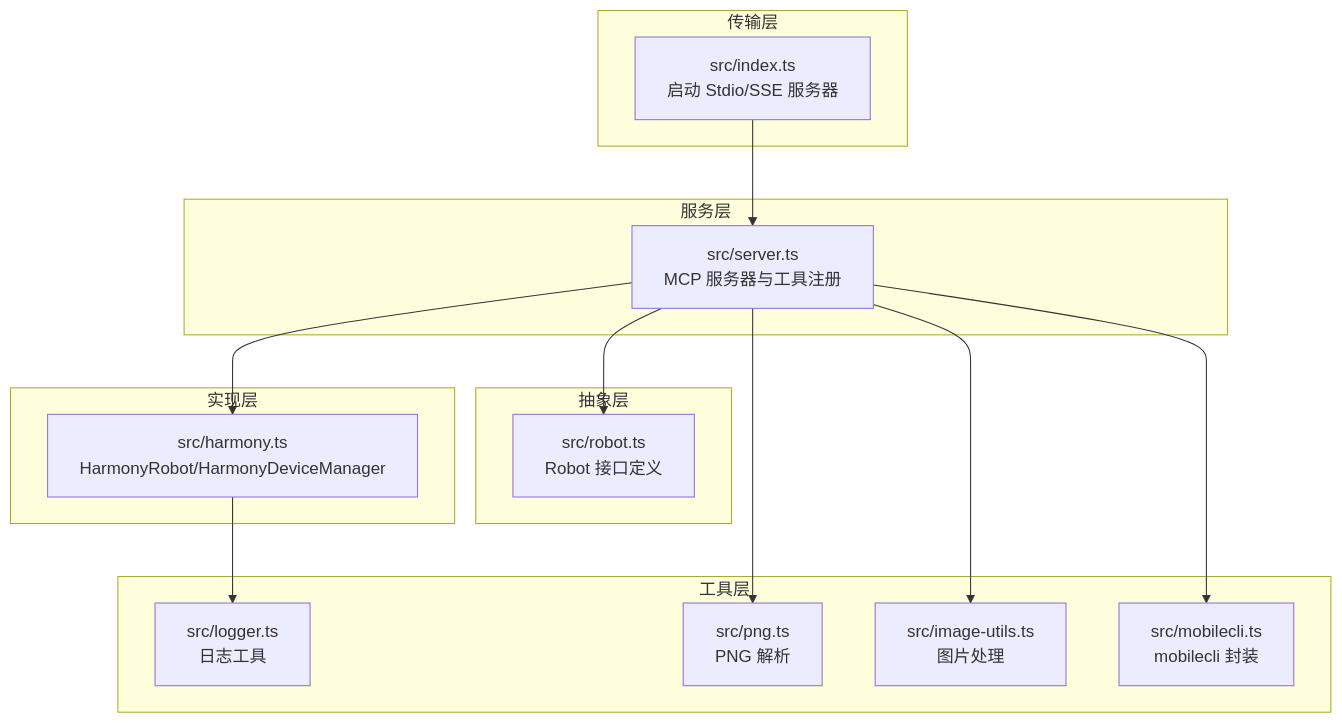
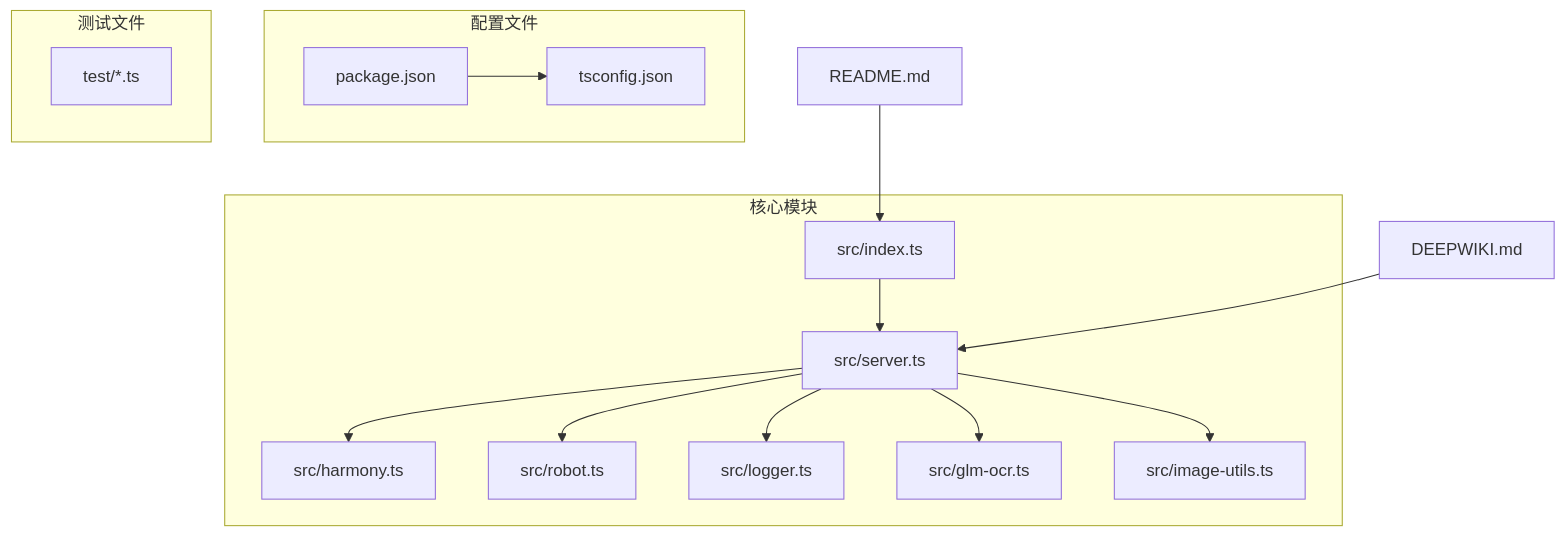
Before and after one commit to zedomi/mobile-mcp-hmos: the first of 10 diagrams in .qoder/repowiki/zh/content/开发者指南/新平台扩展开发/平台集成指南/HarmonyOS 平台集成.md, drawn with Mermaid. The commit also changed other lines of this file and 11 other files, not shown here.

First line of the commit message:
feat: integrate GLM-OCR into mobile_list_elements_on_screen for Weex page support

````diff
--- a/.qoder/repowiki/zh/content/开发者指南/新平台扩展开发/平台集成指南/HarmonyOS 平台集成.md
+++ b/.qoder/repowiki/zh/content/开发者指南/新平台扩展开发/平台集成指南/HarmonyOS 平台集成.md
@@ -36,28 +38,19 @@
 ```mermaid
 graph TB
-subgraph "传输层"
-IDX["src/index.ts<br/>启动 Stdio/SSE 服务器"]
+subgraph "核心模块"
+A[src/index.ts] --> B[src/server.ts]
+B --> C[src/harmony.ts]
+B --> D[src/robot.ts]
+B --> E[src/logger.ts]
+B --> F[src/glm-ocr.ts]
+B --> G[src/image-utils.ts]
 end
-subgraph "服务层"
-SRV["src/server.ts<br/>MCP 服务器与工具注册"]
+subgraph "配置文件"
+H[package.json] --> I[tsconfig.json]
 end
-subgraph "抽象层"
-ROBOT["src/robot.ts<br/>Robot 接口定义"]
+subgraph "测试文件"
+J[test/*.ts]
 end
-subgraph "实现层"
-HARMONY["src/harmony.ts<br/>HarmonyRobot/HarmonyDeviceManager"]
-end
-subgraph "工具层"
-LOGGER["src/logger.ts<br/>日志工具"]
-PNG["src/png.ts<br/>PNG 解析"]
-IMGUTIL["src/image-utils.ts<br/>图片处理"]
-MOBILECLI["src/mobilecli.ts<br/>mobilecli 封装"]
-end
-IDX --> SRV
-SRV --> ROBOT
-SRV --> HARMONY
-SRV --> MOBILECLI
-HARMONY --> LOGGER
-SRV --> PNG
-SRV --> IMGUTIL
+K[README.md] --> A
+L[DEEPWIKI.md] --> B
 ```
````
